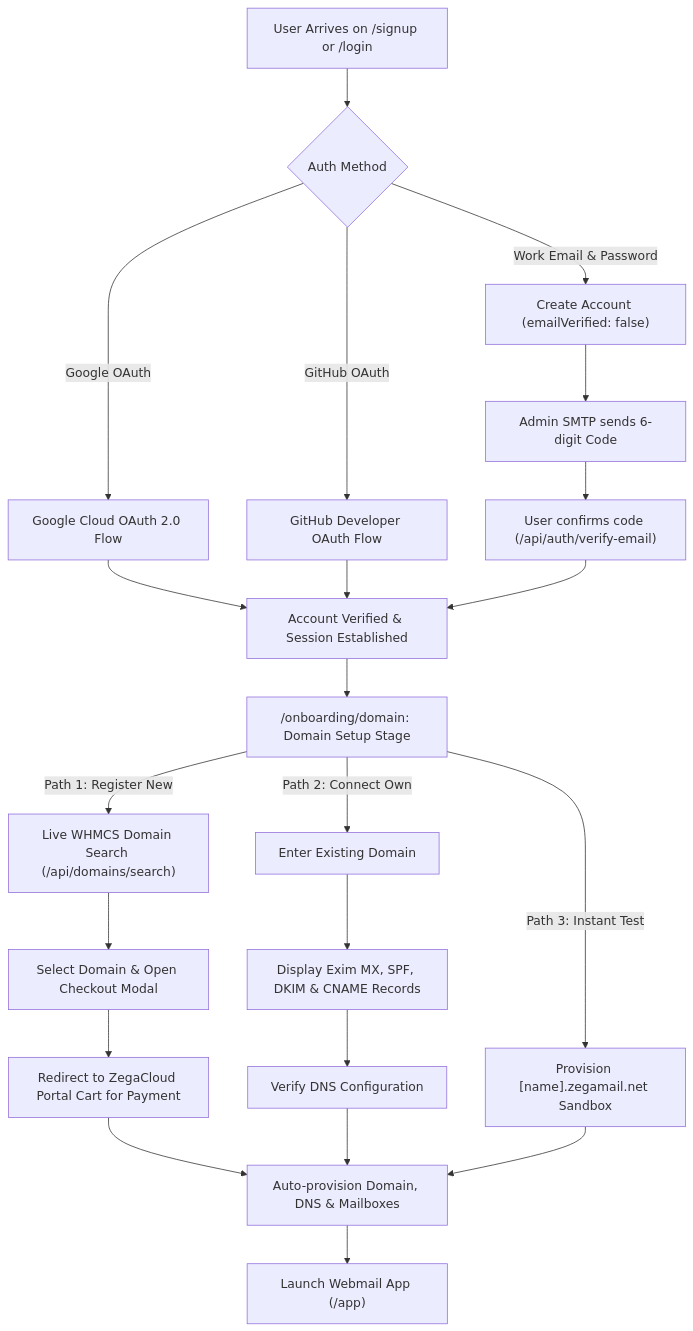
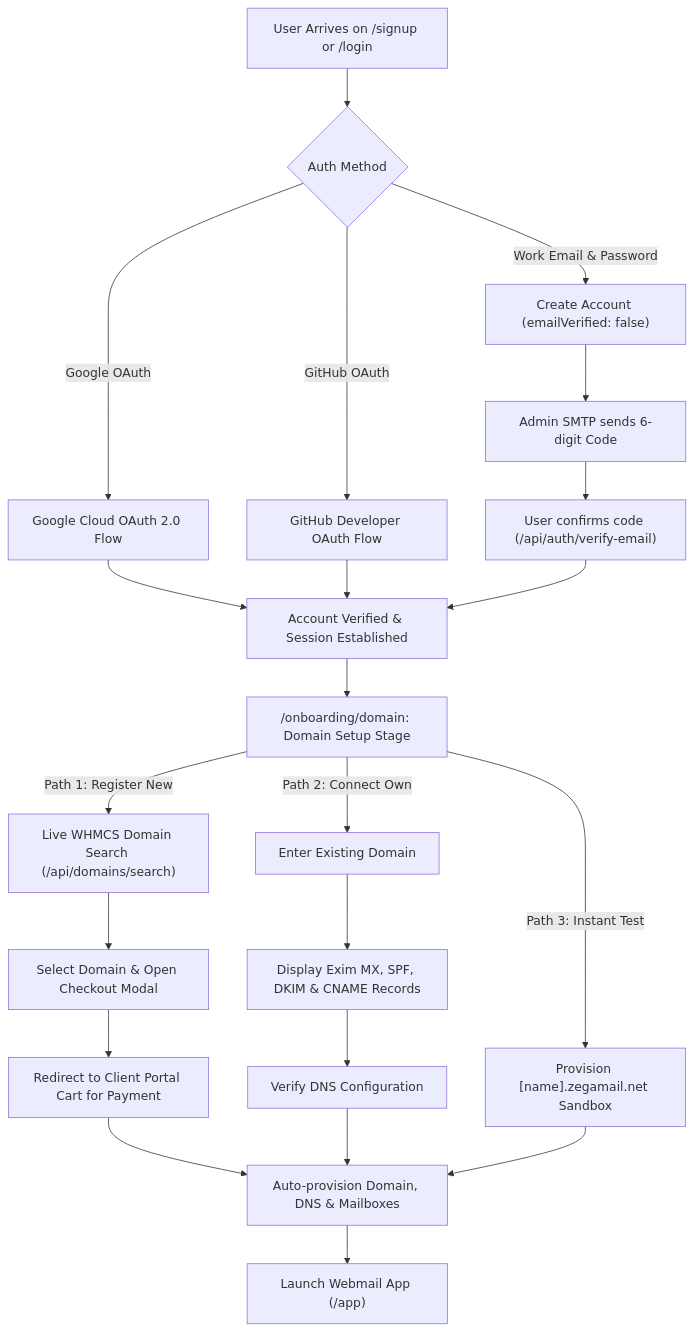
The diagram in SECRETS_AND_INTEGRATION_GUIDE.md (eliazarwonder-afk/email-service-application), drawn with Mermaid before and after one commit. The commit also changed other lines of this file and 39 other files, not shown here.

````diff
--- a/SECRETS_AND_INTEGRATION_GUIDE.md
+++ b/SECRETS_AND_INTEGRATION_GUIDE.md
@@ -169,32 +169,32 @@
 ```mermaid
 flowchart TD
     A["User Arrives on /signup or /login"] --> B{"Auth Method"}
     
     B -->|"Google OAuth"| C["Google Cloud OAuth 2.0 Flow"]
     B -->|"GitHub OAuth"| D["GitHub Developer OAuth Flow"]
     B -->|"Work Email & Password"| E["Create Account (emailVerified: false)"]
     
     E --> F["Admin SMTP sends 6-digit Code"]
     F --> G["User confirms code (/api/auth/verify-email)"]
     
     C --> H["Account Verified & Session Established"]
     D --> H
     G --> H
     
     H --> I["/onboarding/domain: Domain Setup Stage"]
     
     I -->|"Path 1: Register New"| J["Live WHMCS Domain Search (/api/domains/search)"]
     J --> K["Select Domain & Open Checkout Modal"]
-    K --> L["Redirect to ZegaCloud Portal Cart for Payment"]
+    K --> L["Redirect to Client Portal Cart for Payment"]
     L --> M["Auto-provision Domain, DNS & Mailboxes"]
     
     I -->|"Path 2: Connect Own"| N["Enter Existing Domain"]
     N --> O["Display Exim MX, SPF, DKIM & CNAME Records"]
     O --> P["Verify DNS Configuration"]
     P --> M
     
     I -->|"Path 3: Instant Test"| Q["Provision [name].zegamail.net Sandbox"]
     Q --> M
     
     M --> R["Launch Webmail App (/app)"]
 ```
````
